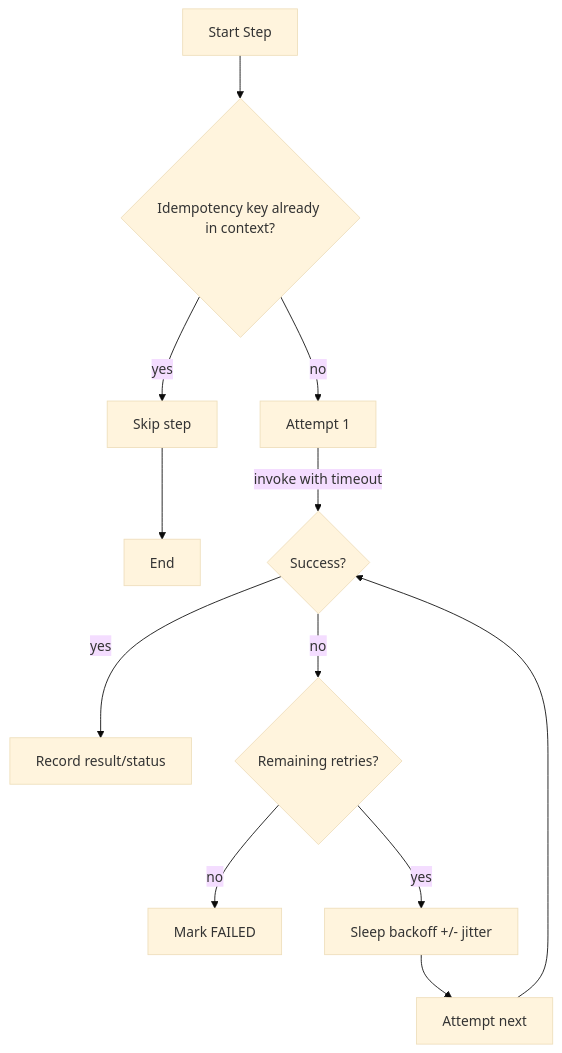
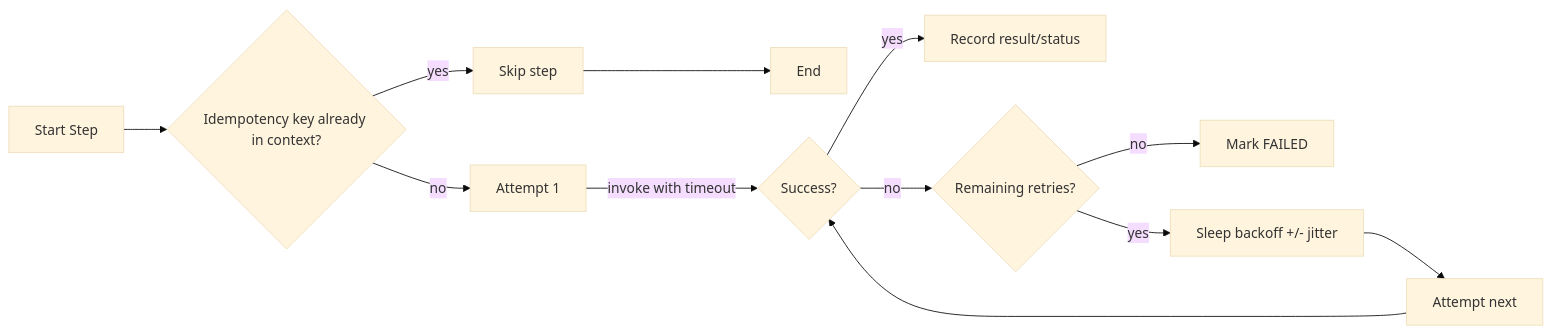
One commit to firefly-oss/lib-transactional-engine changed the fourth of 6 diagrams in docs/ARCHITECTURE.md. Above: the diagram before and after it, drawn with Mermaid (base theme). The commit also changed other lines of this file and 2 other files, not shown here.

First line of the commit message:
Add SAGA vs TCC comparison guide and enhance architecture documentation

````diff
--- a/docs/ARCHITECTURE.md
+++ b/docs/ARCHITECTURE.md
@@ -99,13 +101,13 @@
 ```mermaid
-flowchart TD
+flowchart LR
   S[Start Step] --> I{Idempotency key already in context?}
   I -- yes --> SK[Skip step] --> End
   I -- no --> A[Attempt 1]
   A -->|invoke with timeout| X{Success?}
   X -- yes --> Done[Record result/status]
   X -- no --> R{Remaining retries?}
   R -- no --> Fail[Mark FAILED]
   R -- yes --> B[Sleep backoff +/- jitter]
   B --> A2[Attempt next]
   A2 --> X
 ```
````
